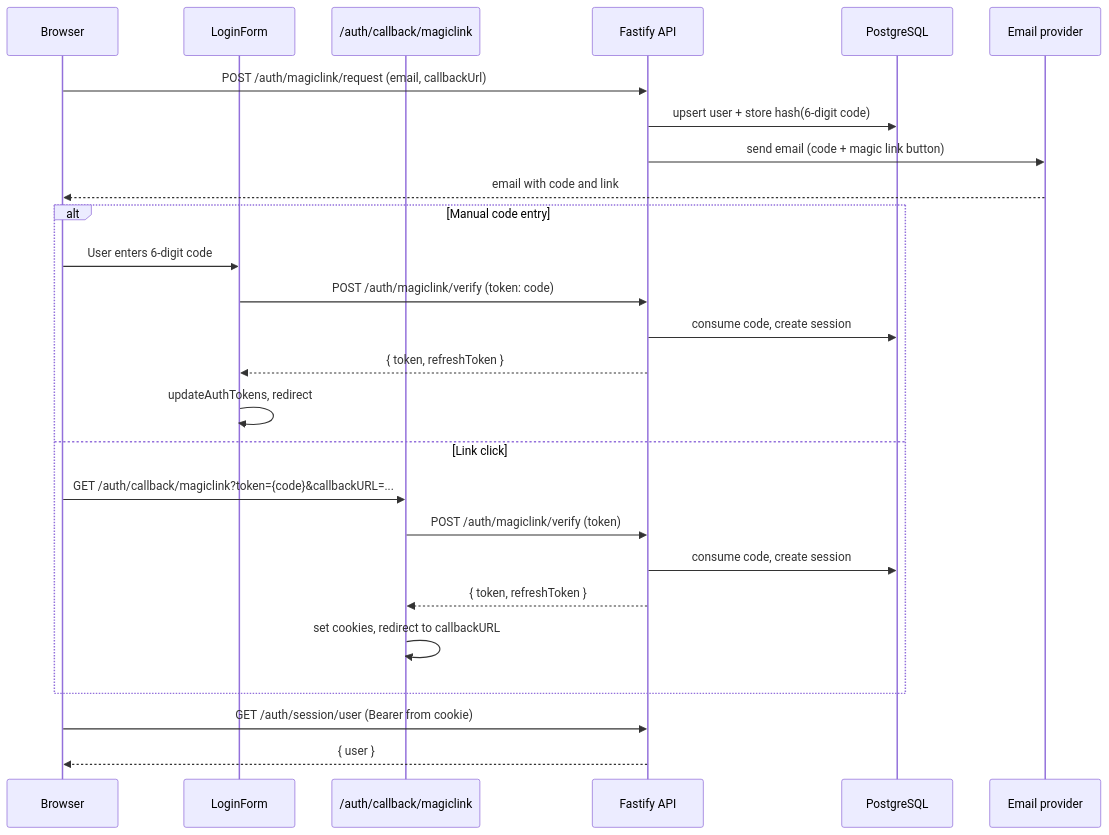
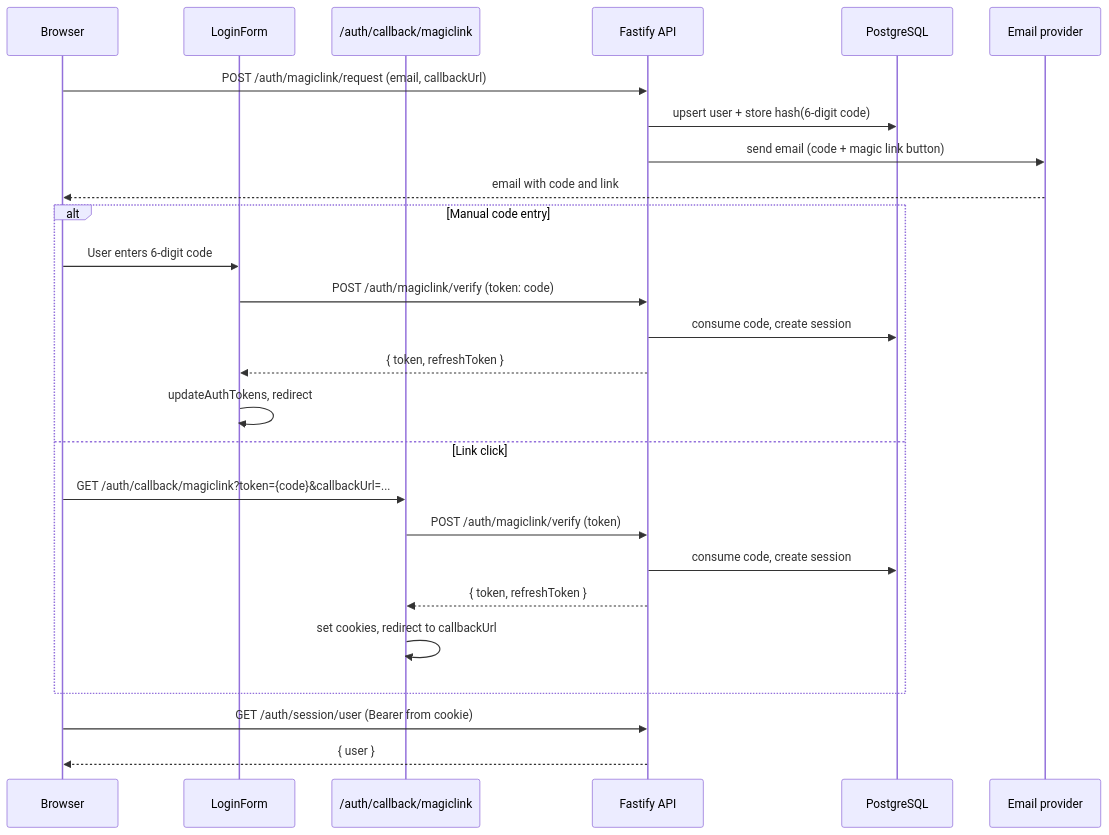
Before and after one commit to blockmatic/basilic: the eighth of 8 diagrams in apps/docu/content/docs/architecture/authentication.mdx, drawn with Mermaid. The commit also changed 38 other files, not shown here.

````diff
--- a/apps/docu/content/docs/architecture/authentication.mdx
+++ b/apps/docu/content/docs/architecture/authentication.mdx
@@ -404,31 +404,31 @@
 ```mermaid
 sequenceDiagram
   participant Browser
   participant LoginForm
   participant CallbackPage as /auth/callback/magiclink
   participant FastifyAPI as Fastify API
   participant DB as PostgreSQL
   participant Email as Email provider
 
   Browser->>FastifyAPI: POST /auth/magiclink/request (email, callbackUrl)
   FastifyAPI->>DB: upsert user + store hash(6-digit code)
   FastifyAPI->>Email: send email (code + magic link button)
   Email-->>Browser: email with code and link
 
   alt Manual code entry
     Browser->>LoginForm: User enters 6-digit code
     LoginForm->>FastifyAPI: POST /auth/magiclink/verify (token: code)
     FastifyAPI->>DB: consume code, create session
     FastifyAPI-->>LoginForm: { token, refreshToken }
     LoginForm->>LoginForm: updateAuthTokens, redirect
   else Link click
-    Browser->>CallbackPage: GET /auth/callback/magiclink?token={code}&callbackURL=...
+    Browser->>CallbackPage: GET /auth/callback/magiclink?token={code}&callbackUrl=...
     CallbackPage->>FastifyAPI: POST /auth/magiclink/verify (token)
     FastifyAPI->>DB: consume code, create session
     FastifyAPI-->>CallbackPage: { token, refreshToken }
-    CallbackPage->>CallbackPage: set cookies, redirect to callbackURL
+    CallbackPage->>CallbackPage: set cookies, redirect to callbackUrl
   end
 
   Browser->>FastifyAPI: GET /auth/session/user (Bearer from cookie)
   FastifyAPI-->>Browser: { user }
 ```
````
